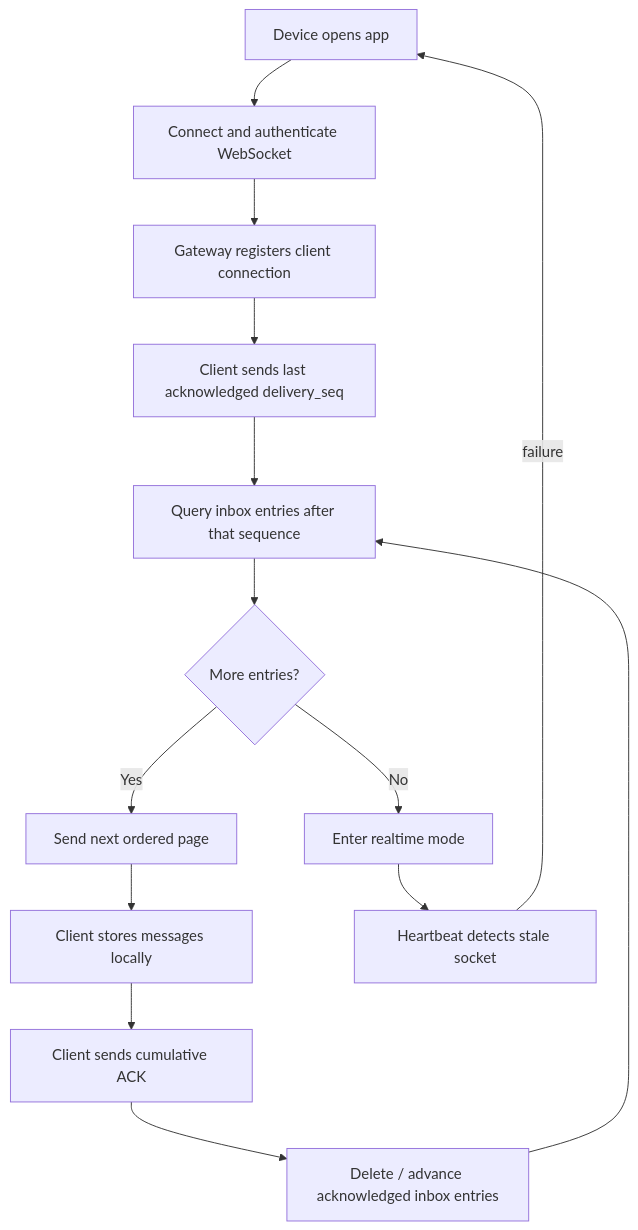
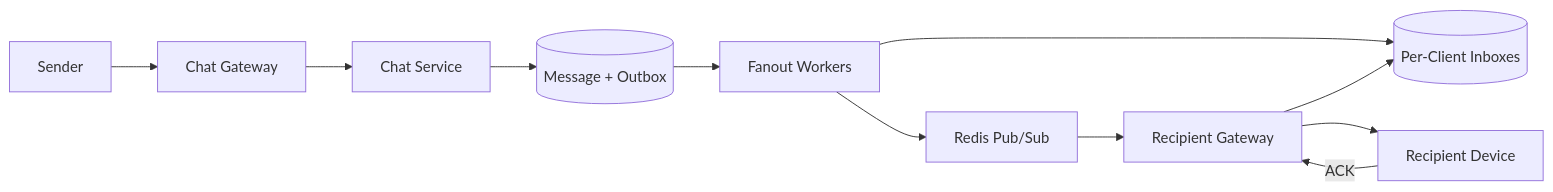
One commit to ying8020/SD changed the fourth of 6 diagrams in whatsapp_system_design.md. Above: the diagram before and after it, drawn with Mermaid. The commit also changed other lines of this file, not shown here.

Commit message:
Restructure WhatsApp interview guide

````diff
--- a/whatsapp_system_design.md
+++ b/whatsapp_system_design.md
@@ -603,16 +393,13 @@
 ```mermaid
-flowchart TD
-    A["Device opens app"] --> B["Connect and authenticate WebSocket"]
-    B --> C["Gateway registers client connection"]
-    C --> D["Client sends last acknowledged delivery_seq"]
-    D --> E["Query inbox entries after that sequence"]
-    E --> F{"More entries?"}
-    F -- "Yes" --> G["Send next ordered page"]
-    G --> H["Client stores messages locally"]
-    H --> I["Client sends cumulative ACK"]
-    I --> J["Delete / advance acknowledged inbox entries"]
-    J --> E
-    F -- "No" --> K["Enter realtime mode"]
-    K --> L["Heartbeat detects stale socket"]
-    L -->|"failure"| A
+flowchart LR
+    A["Sender"] --> G["Chat Gateway"]
+    G --> S["Chat Service"]
+    S --> DB[("Message + Outbox")]
+    DB --> F["Fanout Workers"]
+    F --> I[("Per-Client Inboxes")]
+    F --> P["Redis Pub/Sub"]
+    P --> RG["Recipient Gateway"]
+    RG --> B["Recipient Device"]
+    B -->|"ACK"| RG
+    RG --> I
 ```
````
